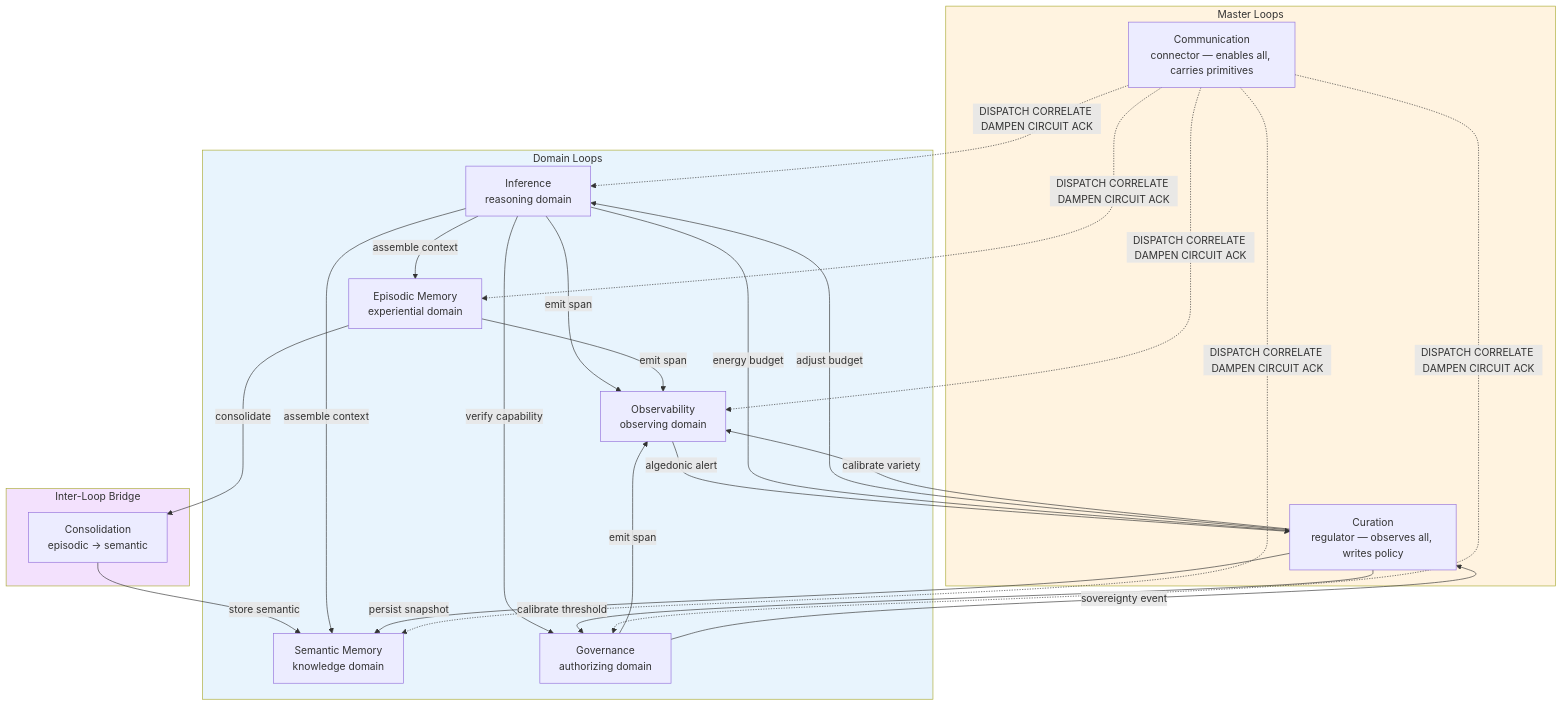
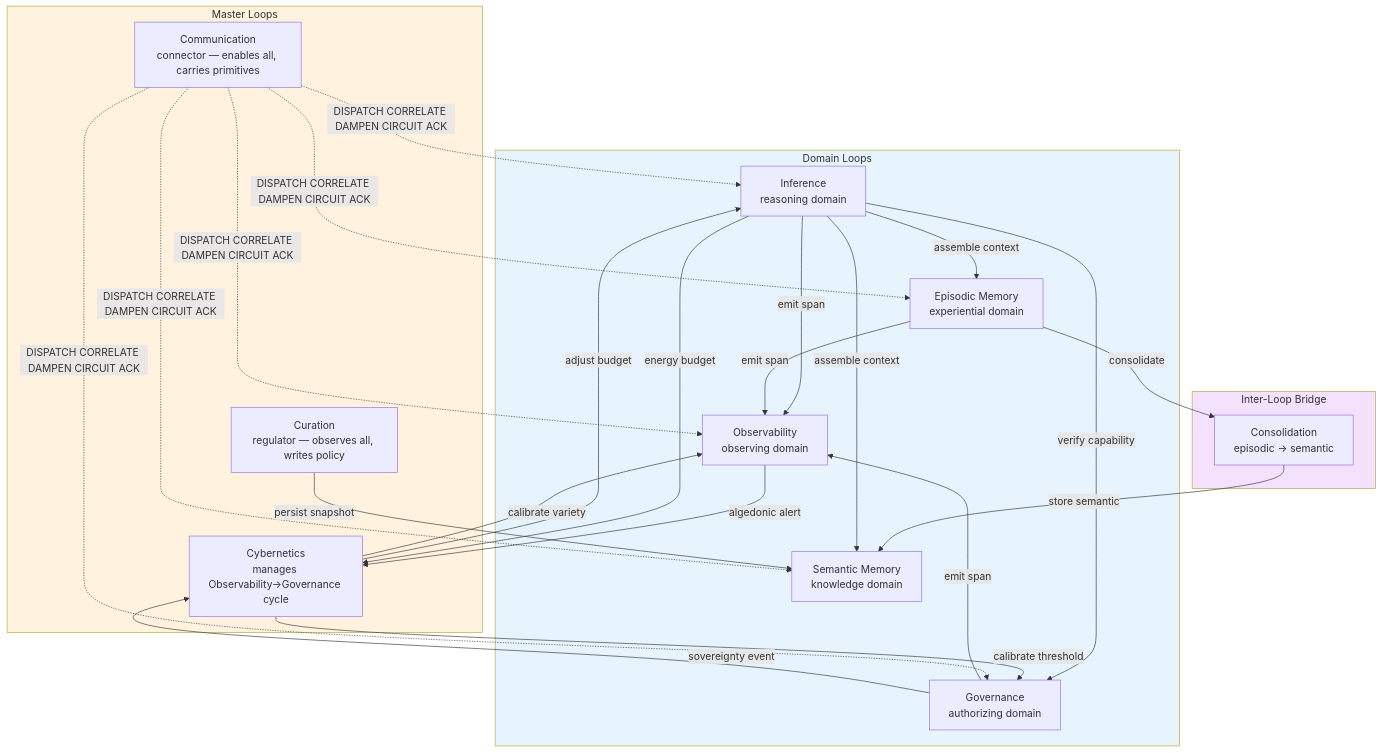
One commit to mdz-axo/hKask changed the first of 4 diagrams in docs/audit/TASK9-loop-structure.md. Above: the diagram before and after it, drawn with Mermaid. The commit also changed other lines of this file and 35 other files, not shown here.

````diff
--- a/docs/audit/TASK9-loop-structure.md
+++ b/docs/audit/TASK9-loop-structure.md
@@ -14,46 +14,47 @@
 ```mermaid
 graph TD
     subgraph Domain["Domain Loops"]
         I[Inference<br/>reasoning domain]
         E[Episodic Memory<br/>experiential domain]
         S[Semantic Memory<br/>knowledge domain]
         G[Governance<br/>authorizing domain]
         O[Observability<br/>observing domain]
     end
 
     subgraph Master["Master Loops"]
         C[Curation<br/>regulator — observes all, writes policy]
         CO[Communication<br/>connector — enables all, carries primitives]
+        CY[Cybernetics<br/>manages Observability→Governance cycle]
     end
 
     subgraph Bridge["Inter-Loop Bridge"]
         CON[Consolidation<br/>episodic → semantic]
     end
 
     E -->|consolidate| CON
     CON -->|store semantic| S
 
     I -->|assemble context| E
     I -->|assemble context| S
     I -->|verify capability| G
     I -->|emit span| O
     E -->|emit span| O
     G -->|emit span| O
-    O -->|algedonic alert| C
-    G -->|sovereignty event| C
-    I -->|energy budget| C
-    C -->|calibrate threshold| G
-    C -->|adjust budget| I
-    C -->|calibrate variety| O
+    O -->|algedonic alert| CY
+    G -->|sovereignty event| CY
+    I -->|energy budget| CY
+    CY -->|calibrate threshold| G
+    CY -->|adjust budget| I
+    CY -->|calibrate variety| O
     C -->|persist snapshot| S
 
     CO -.->|DISPATCH CORRELATE DAMPEN CIRCUIT ACK| I
     CO -.->|DISPATCH CORRELATE DAMPEN CIRCUIT ACK| E
     CO -.->|DISPATCH CORRELATE DAMPEN CIRCUIT ACK| S
     CO -.->|DISPATCH CORRELATE DAMPEN CIRCUIT ACK| G
     CO -.->|DISPATCH CORRELATE DAMPEN CIRCUIT ACK| O
 
     style Domain fill:#e8f4fd
     style Master fill:#fff3e0
     style Bridge fill:#f3e1fd
 ```
````
